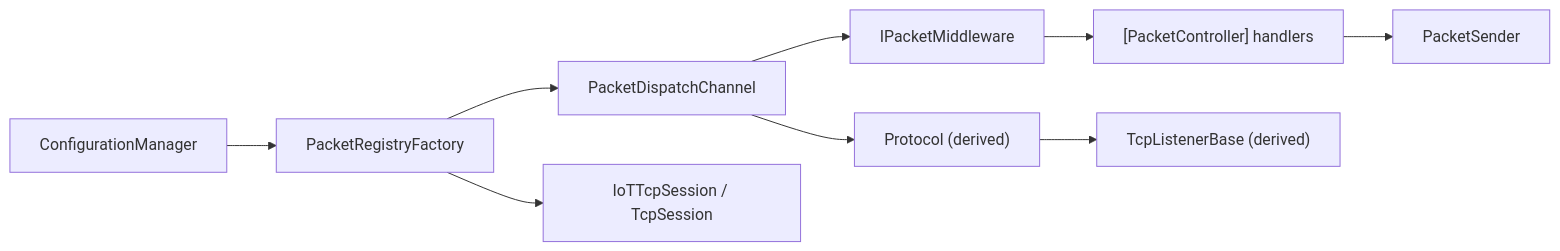
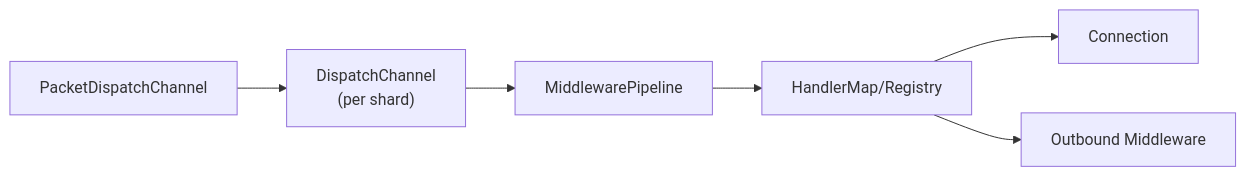
One commit to ppn-systems/nalix-docs changed the fifth of 6 diagrams in docs/concepts/architecture.md. Above: the diagram before and after it, drawn with Mermaid. The commit also changed other lines of this file and 3 other files, not shown here.

First line of the commit message:
Rename architecture doc and update navigation

````diff
--- a/docs/concepts/architecture.md
+++ b/docs/concepts/architecture.md
@@ -11,11 +293,13 @@
 ```mermaid
-flowchart LR
-    Config["ConfigurationManager"] --> Catalog["PacketRegistryFactory"]
-    Catalog --> Dispatch["PacketDispatchChannel"]
-    Dispatch --> MW["IPacketMiddleware"]
-    MW --> Handler["[PacketController] handlers"]
-    Handler --> Sender["PacketSender"]
-    Dispatch --> Protocol["Protocol (derived)"]
-    Protocol --> Listener["TcpListenerBase (derived)"]
-    Catalog --> Client["IoTTcpSession / TcpSession"]
+graph LR
+    A["PacketDispatchChannel"]
+    B["DispatchChannel\n(per shard)"]
+    C["MiddlewarePipeline"]
+    D["HandlerMap/Registry"]
+    E["Connection"]
+    F["Outbound Middleware"]
+
+    A --> B --> C --> D
+    D --> E
+    D --> F
 ```
````
